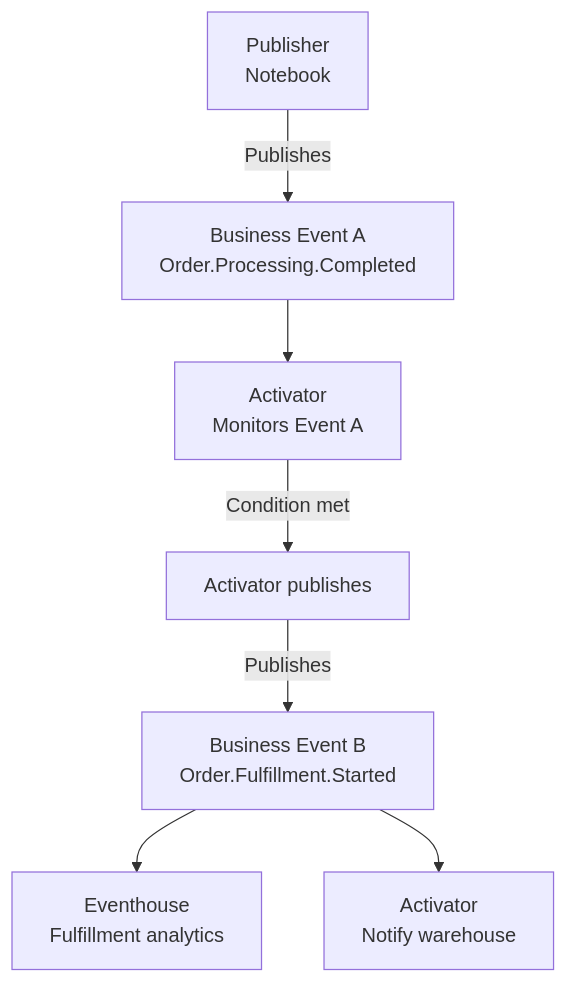
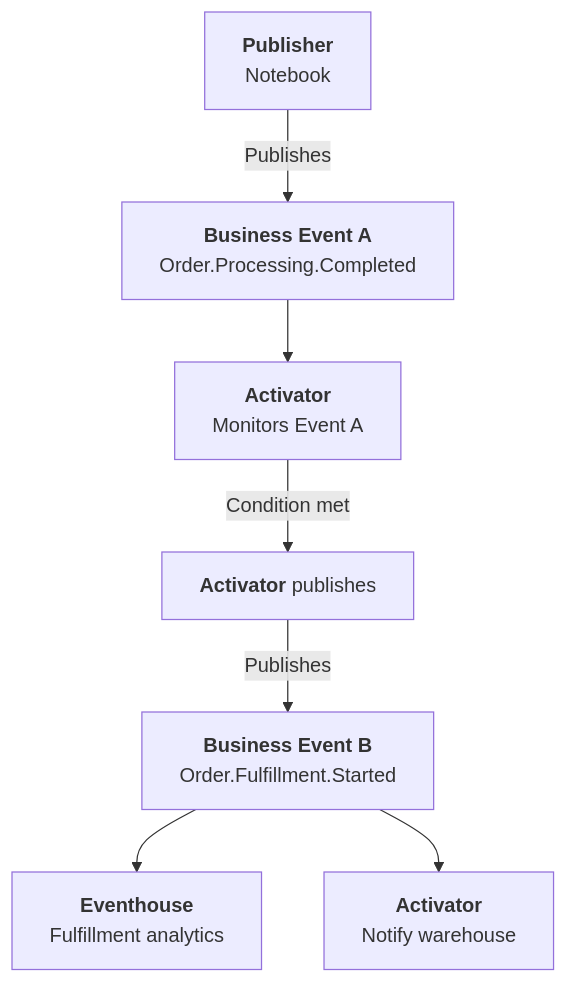
One commit to microsoft/fabric-events changed the diagram in docs/business-events/recipes/chain-two-business-events.md. Above: the diagram before and after it, drawn with Mermaid. The commit also changed other lines of this file and 225 other files, not shown here.

````diff
--- a/docs/business-events/recipes/chain-two-business-events.md
+++ b/docs/business-events/recipes/chain-two-business-events.md
@@ -11,9 +11,17 @@
 ```mermaid
 flowchart TB
-    P1[Publisher\nNotebook] -->|Publishes| E1[Business Event A\nOrder.Processing.Completed]
-    E1 --> ACT[Activator\nMonitors Event A]
-    ACT -->|Condition met| P2[Activator publishes]
-    P2 -->|Publishes| E2[Business Event B\nOrder.Fulfillment.Started]
-    E2 --> C1[Eventhouse\nFulfillment analytics]
-    E2 --> C2[Activator\nNotify warehouse]
+    P1["<b>Publisher</b><br/>Notebook"]
+    E1["<b>Business Event A</b><br/>Order.Processing.Completed"]
+    ACT["<b>Activator</b><br/>Monitors Event A"]
+    P2["<b>Activator</b> publishes"]
+    E2["<b>Business Event B</b><br/>Order.Fulfillment.Started"]
+    C1["<b>Eventhouse</b><br/>Fulfillment analytics"]
+    C2["<b>Activator</b><br/>Notify warehouse"]
+
+    P1 -->|"Publishes"| E1
+    E1 --> ACT
+    ACT -->|"Condition met"| P2
+    P2 -->|"Publishes"| E2
+    E2 --> C1
+    E2 --> C2
 ```
````
